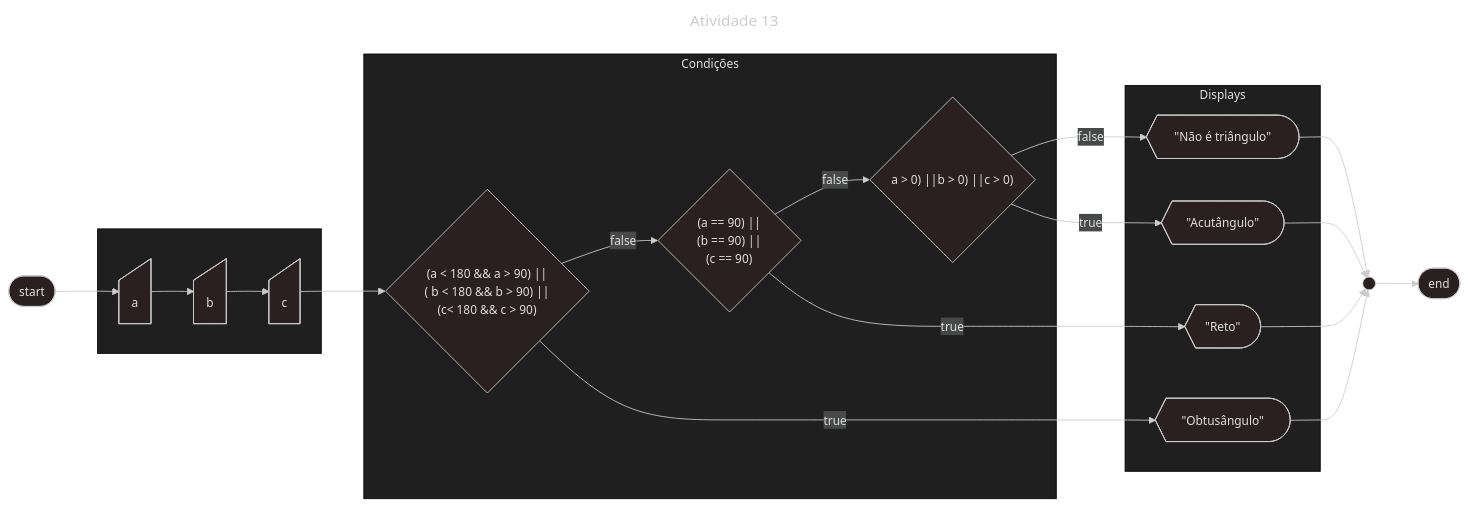
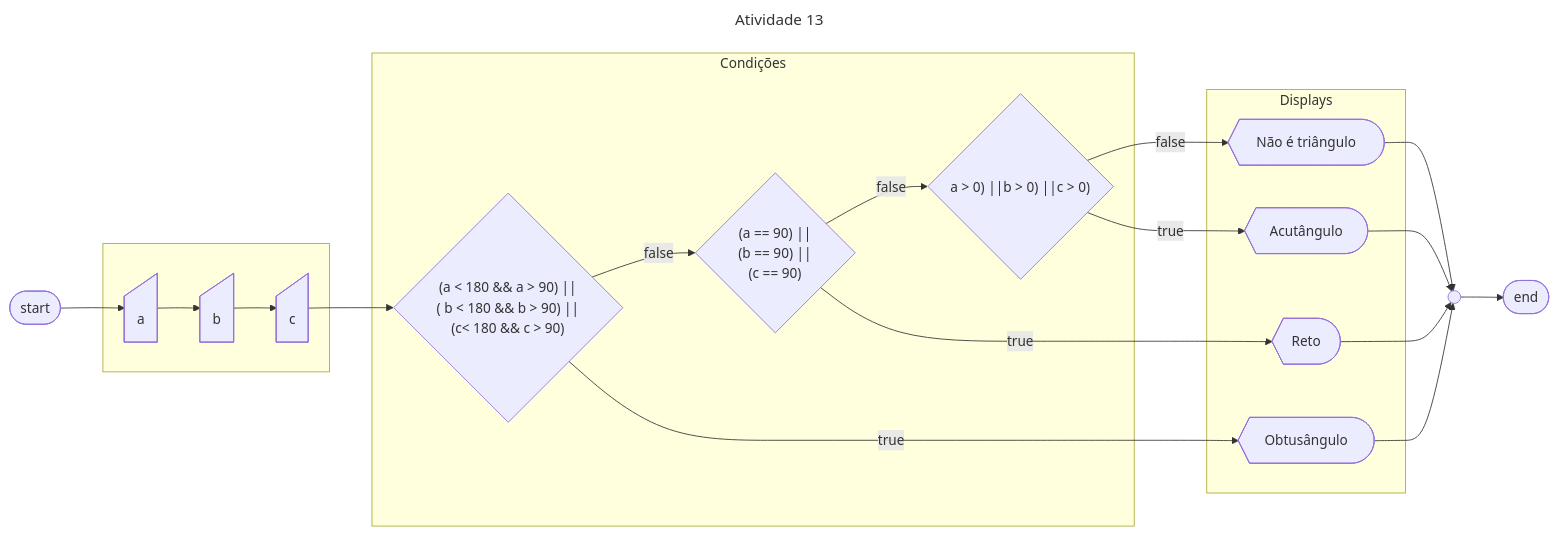
Before and after one commit to kf-martins-uel/algoritmos-atividade1: the seventh of 9 diagrams in Parte-2/README.md, drawn with Mermaid.

````diff
--- a/Parte-2/README.md
+++ b/Parte-2/README.md
@@ -341,36 +341,34 @@
 ```mermaid
 ---
-config:
-  theme: neo-dark
 title: Atividade 13
 ---
 flowchart LR
     start([start])
     fim([end])
     conector((" ")) --> fim
     subgraph " "
         a@{shape: manual-input}
         b@{shape: manual-input}
         c@{shape: manual-input}
     end
     subgraph Condições
         if1{"(a < 180 && a > 90) || 
              ( b < 180 && b > 90) || 
              (c< 180 && c > 90)"}
         if2{"(a == 90) ||
              (b == 90) ||
              (c == 90)"}
         if3{" a > 0) ||b > 0) ||c > 0)"}
     end
     subgraph Displays
-        no@{shape: display, label: " \"Não é triângulo\" "}
-        ac@{shape: display, label: " \"Acutângulo\" "} 
-        re@{shape: display, label: " \"Reto\" "} 
-        ob@{shape: display, label: " \"Obtusângulo\" "}
+        no@{shape: display, label: "Não é triângulo"}
+        agudo@{shape: display, label: "Acutângulo"} 
+        reto@{shape: display, label: "Reto"} 
+        obtuso@{shape: display, label: "Obtusângulo"}
     end
     start --> a --> b --> c --> if1
     if1 --> |false| if2 --> |false| if3 --> |false| no --> conector
-    if1 --> |true| ob --> conector
-    if2 --> |true| re --> conector
-    if3 --> |true| ac --> conector
+    if1 --> |true| obtuso --> conector
+    if2 --> |true| reto --> conector
+    if3 --> |true| agudo --> conector
 ```
````
